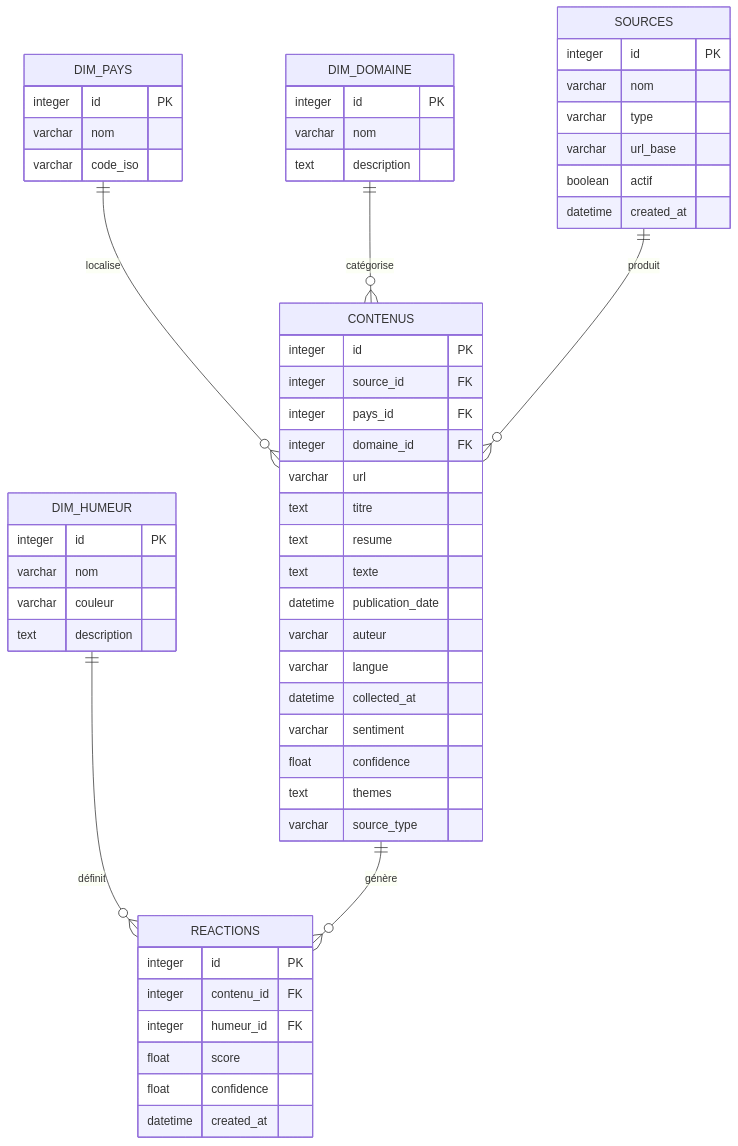
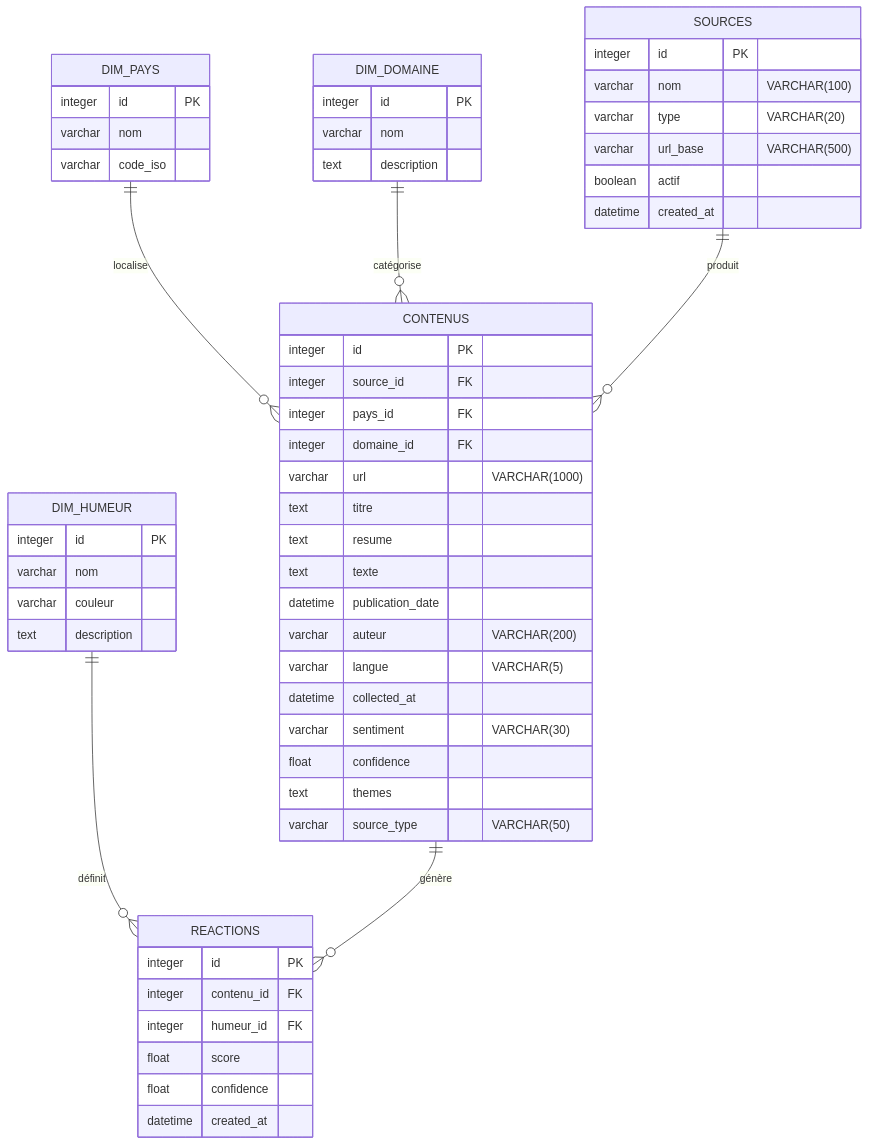
The first of 6 diagrams in docs/CODE_MERMAID_MERISE_REEL.md (ALMAGNUS/Semantic_Pulse_X), drawn with Mermaid before and after one commit. The commit also changed 17 other files, not shown here.

Commit message:
📊 Mise à jour documentation Mermaid - Schémas MERISE complets avec cardinalités exactes et pipeline ETL

````diff
--- a/docs/CODE_MERMAID_MERISE_REEL.md
+++ b/docs/CODE_MERMAID_MERISE_REEL.md
@@ -5,65 +5,65 @@
 ```mermaid
 erDiagram
     DIM_PAYS {
         integer id PK
         varchar nom
         varchar code_iso
     }
     
     DIM_DOMAINE {
         integer id PK
         varchar nom
         text description
     }
     
     DIM_HUMEUR {
         integer id PK
         varchar nom
         varchar couleur
         text description
     }
     
     SOURCES {
         integer id PK
-        varchar nom
-        varchar type
-        varchar url_base
+        varchar nom "VARCHAR(100)"
+        varchar type "VARCHAR(20)"
+        varchar url_base "VARCHAR(500)"
         boolean actif
         datetime created_at
     }
     
     CONTENUS {
         integer id PK
         integer source_id FK
         integer pays_id FK
         integer domaine_id FK
-        varchar url
+        varchar url "VARCHAR(1000)"
         text titre
         text resume
         text texte
         datetime publication_date
-        varchar auteur
-        varchar langue
+        varchar auteur "VARCHAR(200)"
+        varchar langue "VARCHAR(5)"
         datetime collected_at
-        varchar sentiment
+        varchar sentiment "VARCHAR(30)"
         float confidence
         text themes
-        varchar source_type
+        varchar source_type "VARCHAR(50)"
     }
     
     REACTIONS {
         integer id PK
         integer contenu_id FK
         integer humeur_id FK
         float score
         float confidence
         datetime created_at
     }
     
     %% Relations avec cardinalités exactes
     DIM_PAYS ||--o{ CONTENUS : "localise"
     DIM_DOMAINE ||--o{ CONTENUS : "catégorise"
     DIM_HUMEUR ||--o{ REACTIONS : "définit"
     SOURCES ||--o{ CONTENUS : "produit"
     CONTENUS ||--o{ REACTIONS : "génère"
 ```
````
